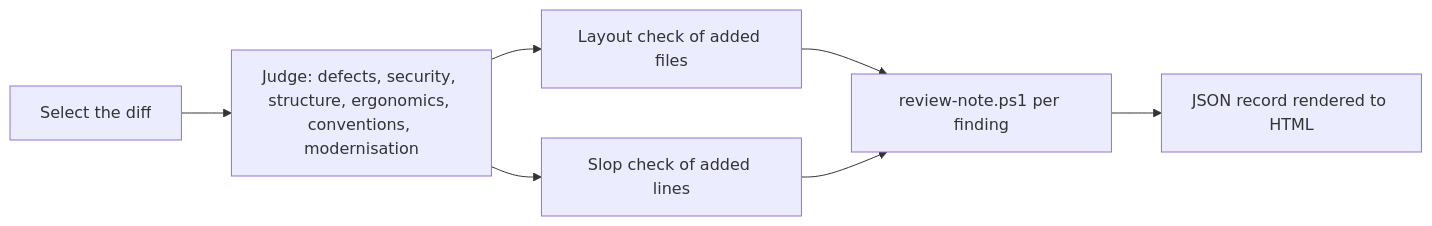
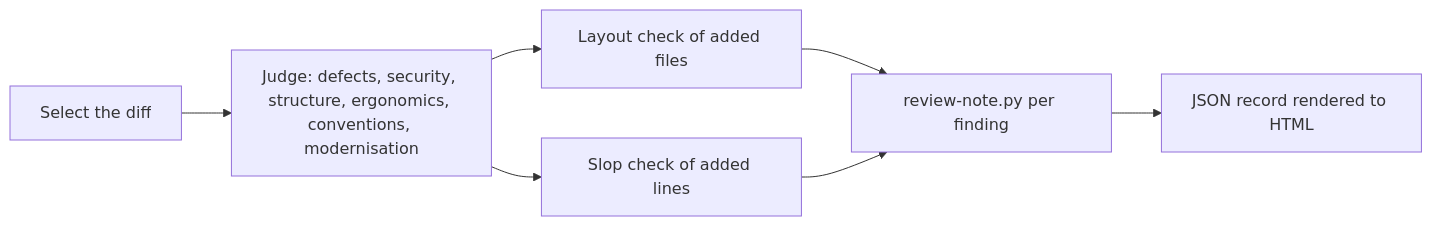
Before and after one commit to an-dr/agents: the diagram in skills/actions/an-dr-dev-review/README.md, drawn with Mermaid. The commit also changed 426 other files, not shown here.

````diff
--- a/skills/actions/an-dr-dev-review/README.md
+++ b/skills/actions/an-dr-dev-review/README.md
@@ -16,9 +16,9 @@
 ```mermaid
 flowchart LR
   D[Select the diff] --> J[Judge: defects, security, structure, ergonomics, conventions, modernisation]
   J --> L[Layout check of added files]
   J --> S[Slop check of added lines]
-  L --> N[review-note.ps1 per finding]
+  L --> N[review-note.py per finding]
   S --> N
   N --> H[JSON record rendered to HTML]
 ```
````
